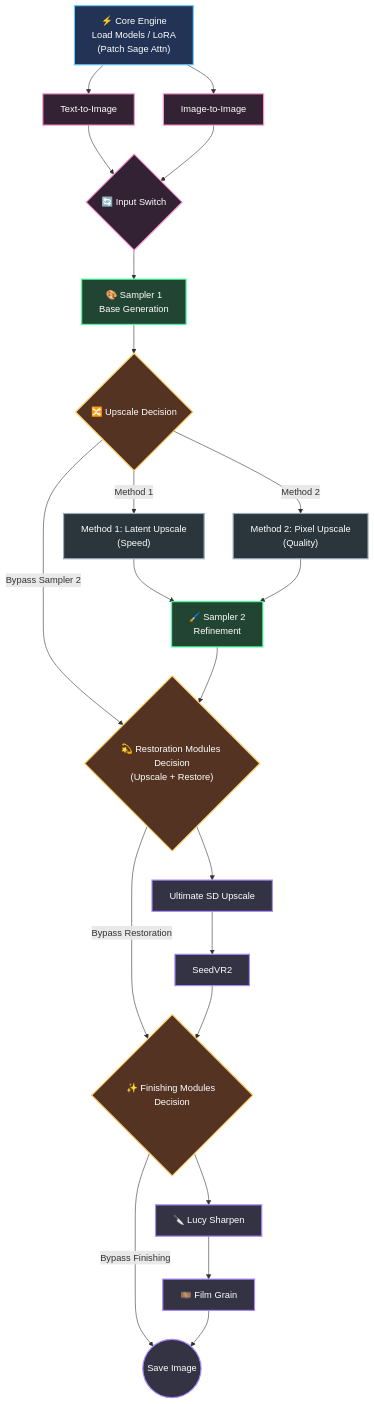
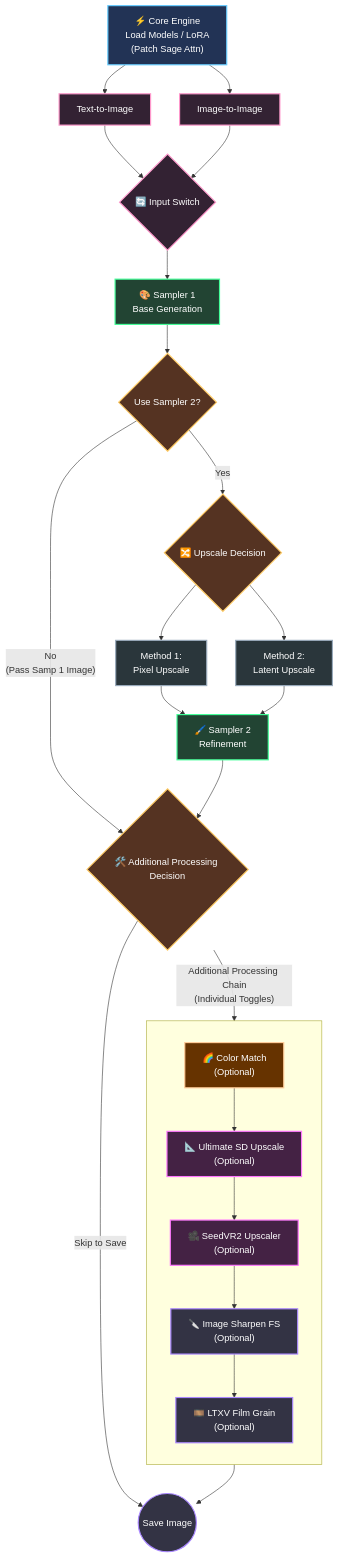
Before and after one commit to chromascope-x/Console-Z-Workflow: the diagram in README.md, drawn with Mermaid. The commit also changed other lines of this file, not shown here.

````diff
--- a/README.md
+++ b/README.md
@@ -19,53 +19,69 @@
 ```mermaid
 graph TD
     classDef core fill:#223355,stroke:#66ccff,stroke-width:2px,color:#fff;
     classDef input fill:#332233,stroke:#ff99cc,stroke-width:2px,color:#fff;
     classDef sampler fill:#224433,stroke:#44ff99,stroke-width:2px,color:#fff;
     classDef decision fill:#553322,stroke:#ffcc66,stroke-width:2px,color:#fff;
     classDef upscale fill:#2a363b,stroke:#99aabb,stroke-width:2px,color:#fff;
     classDef final fill:#333344,stroke:#aa88ff,stroke-width:2px,color:#fff;
+    classDef processing fill:#442244,stroke:#ff77ff,stroke-width:2px,color:#fff;
+    classDef fix fill:#663300,stroke:#ffcc99,stroke-width:2px,color:#fff;
 
     Core["⚡ Core Engine<br/>Load Models / LoRA<br/>(Patch Sage Attn)"]:::core
     Input{"🔄 Input Switch"}:::input
     T2I["Text-to-Image"]:::input
     I2I["Image-to-Image"]:::input
     Samp1["🎨 Sampler 1<br/>Base Generation"]:::sampler
-    MethodSwitch{"🔀 Upscale Decision"}:::decision
-    M1["Method 1: Latent Upscale<br/>(Speed)"]:::upscale
-    M2["Method 2: Pixel Upscale<br/>(Quality)"]:::upscale
+    
+    %% Sampler 2 Block
+    Samp2Check{"Use Sampler 2?"}:::decision
+    UpscaleDec{"🔀 Upscale Decision"}:::decision
+    M1["Method 1:<br/>Pixel Upscale"]:::upscale
+    M2["Method 2:<br/>Latent Upscale"]:::upscale
     Samp2["🖌️ Sampler 2<br/>Refinement"]:::sampler
-    RestoreEntry{"💫 Restoration Modules Decision<br/>(Upscale + Restore)"}:::decision
-    UltSD["Ultimate SD Upscale"]:::final
-    SeedVR["SeedVR2"]:::final
-    FinishingEntry{"✨ Finishing Modules Decision"}:::decision
-    Sharpen["🔪 Lucy Sharpen"]:::final
-    Grain["🎞️ Film Grain"]:::final
+    
+    %% Decision Point for Post-Processing
+    AddProcDec{"🛠️ Additional Processing Decision"}:::decision
+
+    %% Additional Processing Chain
+    subgraph  
+        direction TB
+        ColorMatch["🌈 Color Match<br/>(Optional)"]:::fix
+        UltSD["📐 Ultimate SD Upscale<br/>(Optional)"]:::processing
+        SeedVR["🎥 SeedVR2 Upscaler<br/>(Optional)"]:::processing
+        Sharpen["🔪 Image Sharpen FS<br/>(Optional)"]:::final
+        Grain["🎞️ LTXV Film Grain<br/>(Optional)"]:::final
+    end
+    
     Output((Save Image)):::final
 
+    %% Connections
     Core --> T2I
     Core --> I2I
     T2I --> Input
     I2I --> Input
     Input --> Samp1
-    Samp1 --> MethodSwitch
     
-    MethodSwitch -- "Method 1" --> M1
-    MethodSwitch -- "Method 2" --> M2
+    Samp1 --> Samp2Check
+    Samp2Check -- "Yes" --> UpscaleDec
+    Samp2Check -- "No<br/>(Pass Samp 1 Image)" --> AddProcDec
     
-    MethodSwitch -- "Bypass Sampler 2" --> RestoreEntry
-    
+    UpscaleDec --> M1
+    UpscaleDec --> M2
     M1 --> Samp2
     M2 --> Samp2
-    Samp2 --> RestoreEntry
     
-    RestoreEntry -- "Bypass Restoration" --> FinishingEntry
-    RestoreEntry --> UltSD
+    Samp2 --> AddProcDec
+    
+    %% Improved Labels here:
+    AddProcDec -- "Additional Processing Chain<br/>(Individual Toggles)" --> ColorMatch
+    AddProcDec -- "Skip to Save" --> Output
+    
+    %% Linear Chain Connections
+    ColorMatch --> UltSD
     UltSD --> SeedVR
-    SeedVR --> FinishingEntry
-    
-    FinishingEntry -- "Bypass Finishing" --> Output
-    FinishingEntry --> Sharpen
+    SeedVR --> Sharpen
     Sharpen --> Grain
     Grain --> Output
 
 ```
````
